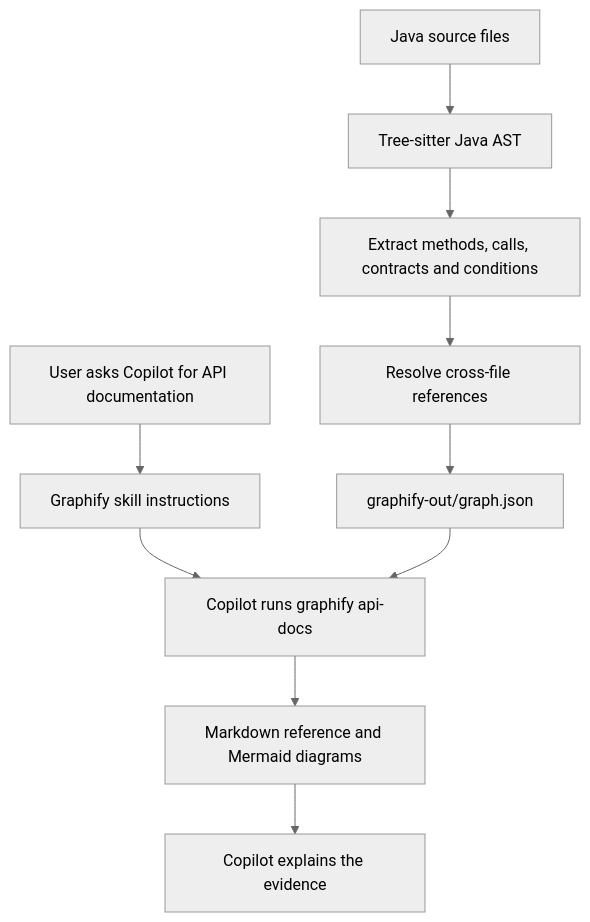
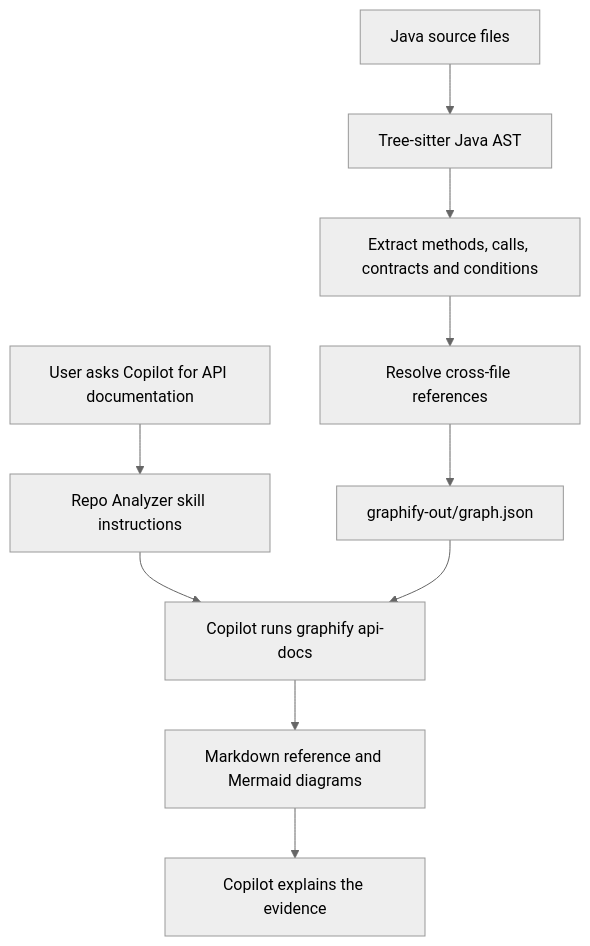
The diagram in docs/DEMO_GUIDE.md (VishalVs1105/graphify-vishal-java), drawn with Mermaid (neutral theme) before and after one commit. The commit also changed other lines of this file and 63 other files, not shown here.

Commit message:
Rename agent skill to repo-analyzer while retaining graphify CLI

````diff
--- a/docs/DEMO_GUIDE.md
+++ b/docs/DEMO_GUIDE.md
@@ -11,12 +11,12 @@
 ```mermaid
 flowchart TD
     A[Java source files] --> B[Tree-sitter Java AST]
     B --> C[Extract methods, calls, contracts and conditions]
     C --> D[Resolve cross-file references]
     D --> E[graphify-out/graph.json]
-    F[User asks Copilot for API documentation] --> G[Graphify skill instructions]
+    F[User asks Copilot for API documentation] --> G[Repo Analyzer skill instructions]
     G --> H[Copilot runs graphify api-docs]
     E --> H
     H --> I[Markdown reference and Mermaid diagrams]
     I --> J[Copilot explains the evidence]
 ```
````
